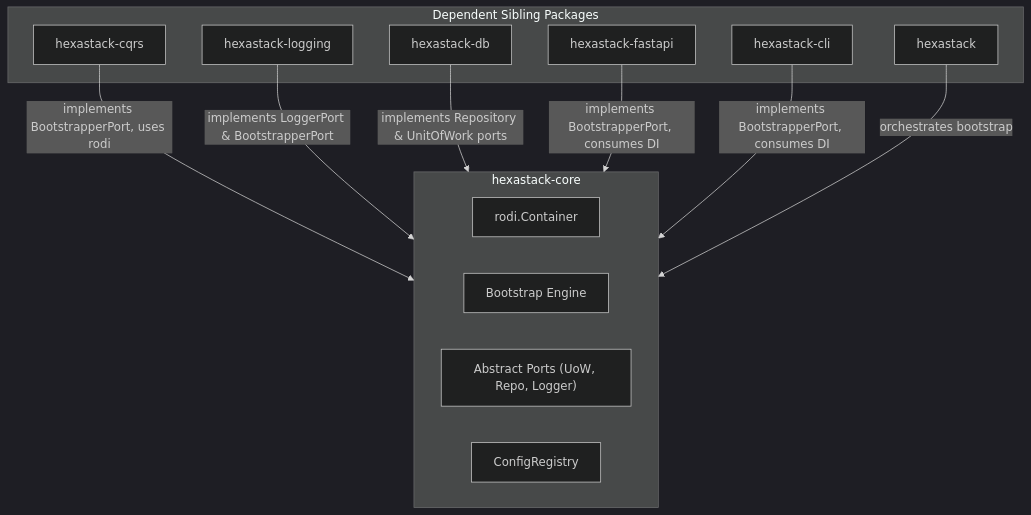
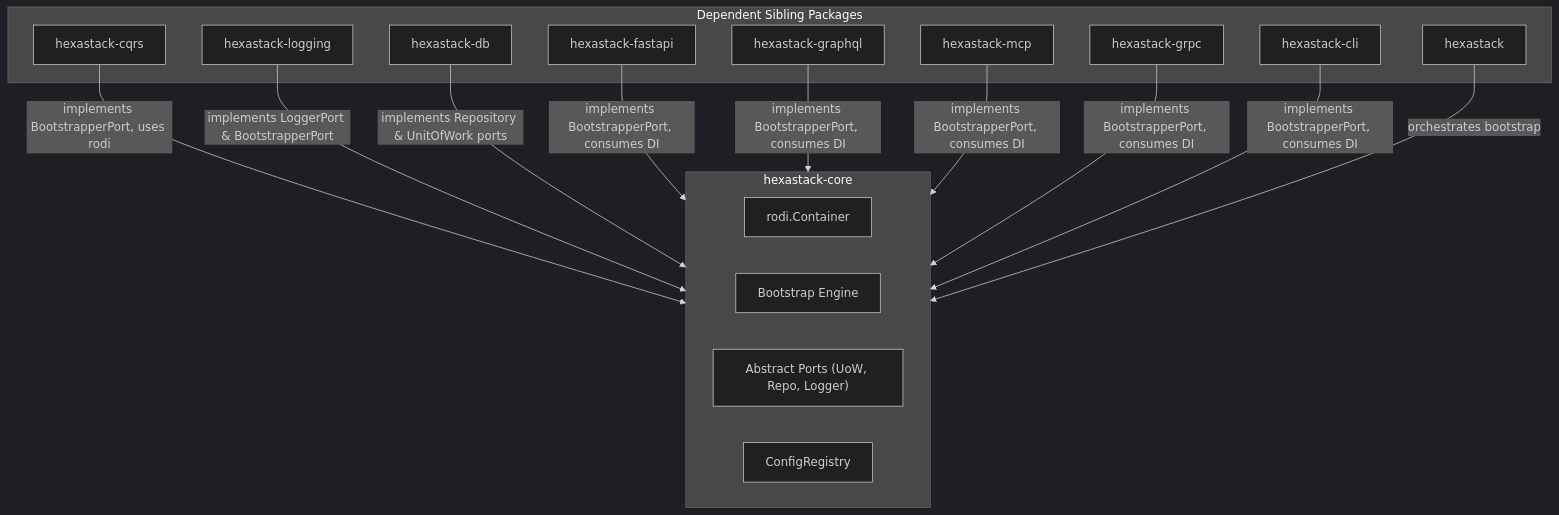
One commit to TheTrueSCU/hexastack changed the diagram in packages/hexastack_core/README.md. Above: the diagram before and after it, drawn with Mermaid (dark theme). The commit also changed 37 other files, not shown here.

````diff
--- a/packages/hexastack_core/README.md
+++ b/packages/hexastack_core/README.md
@@ -48,25 +48,31 @@
 ```mermaid
 graph TD
     subgraph SiblingPackages ["Dependent Sibling Packages"]
         CQRS["hexastack-cqrs"]
         LOG["hexastack-logging"]
         DB["hexastack-db"]
         FASTAPI["hexastack-fastapi"]
+        GRAPHQL["hexastack-graphql"]
+        MCP["hexastack-mcp"]
+        GRPC["hexastack-grpc"]
         CLI["hexastack-cli"]
         UMBRELLA["hexastack"]
     end
 
     subgraph CoreKernel ["hexastack-core"]
         DI["rodi.Container"]
         BOOT["Bootstrap Engine"]
         PORTS["Abstract Ports (UoW, Repo, Logger)"]
         CONF["ConfigRegistry"]
     end
 
     CQRS -->|implements BootstrapperPort, uses rodi| CoreKernel
     LOG -->|implements LoggerPort & BootstrapperPort| CoreKernel
     DB -->|implements Repository & UnitOfWork ports| CoreKernel
     FASTAPI -->|implements BootstrapperPort, consumes DI| CoreKernel
+    GRAPHQL -->|implements BootstrapperPort, consumes DI| CoreKernel
+    MCP -->|implements BootstrapperPort, consumes DI| CoreKernel
+    GRPC -->|implements BootstrapperPort, consumes DI| CoreKernel
     CLI -->|implements BootstrapperPort, consumes DI| CoreKernel
     UMBRELLA -->|orchestrates bootstrap| CoreKernel
 ```
````
